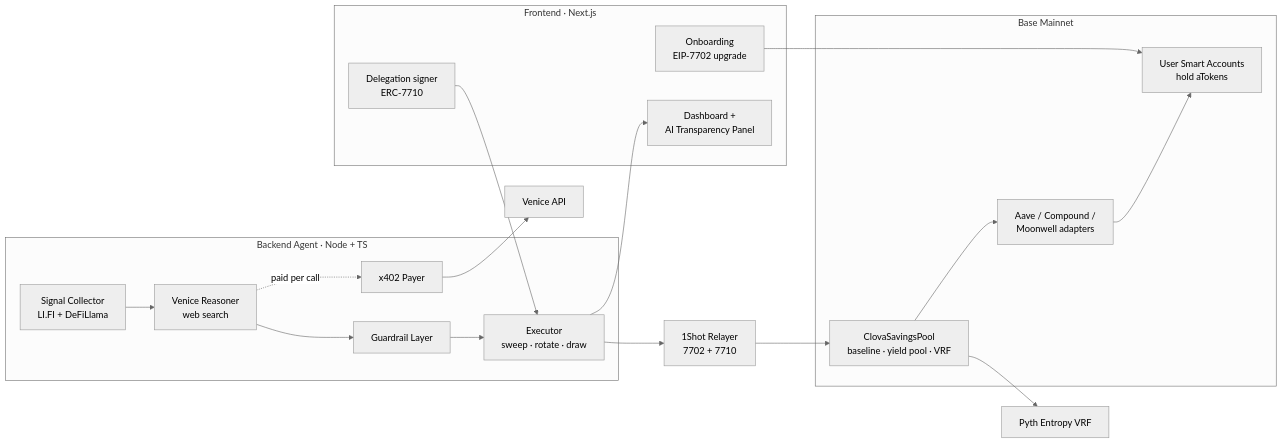
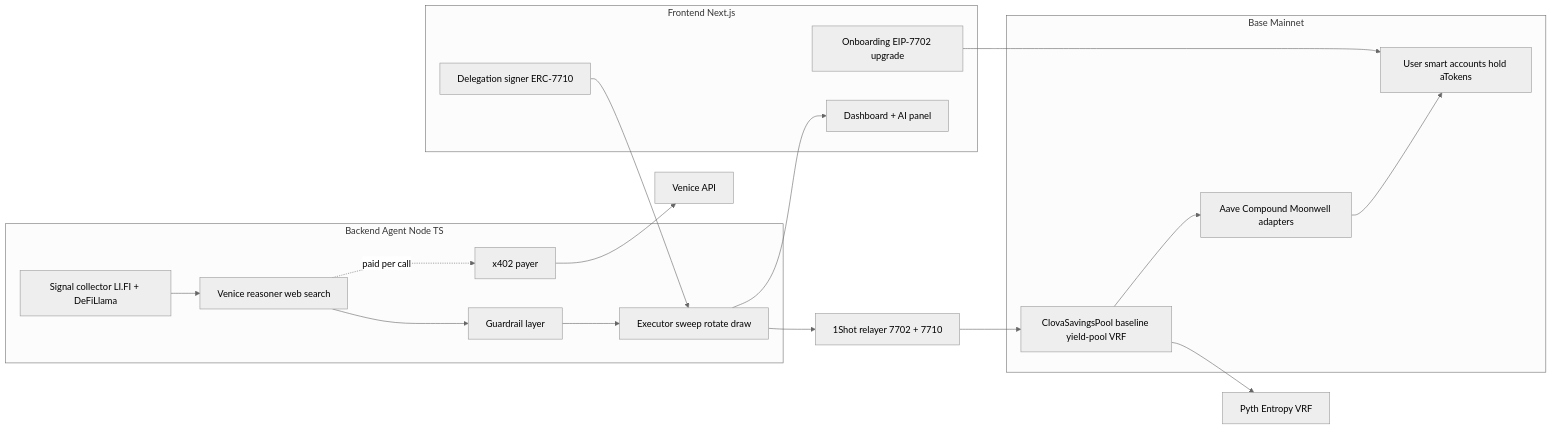
The first of 4 diagrams in docs/architecture.md (ClovaRepo/frontend), drawn with Mermaid (neutral theme) before and after one commit. The commit also changed other lines of this file and 8 other files, not shown here.

First line of the commit message:
docs: harden mermaid for GitBook renderer

````diff
--- a/docs/architecture.md
+++ b/docs/architecture.md
@@ -5,36 +5,32 @@
 ```mermaid
 flowchart LR
-  subgraph FE["Frontend · Next.js"]
-    OB["Onboarding<br/>EIP-7702 upgrade"]
-    DS["Delegation signer<br/>ERC-7710"]
-    DB["Dashboard +<br/>AI Transparency Panel"]
+  subgraph FE[Frontend Next.js]
+    OB[Onboarding EIP-7702 upgrade]
+    DS[Delegation signer ERC-7710]
+    DB[Dashboard + AI panel]
   end
-
-  subgraph BE["Backend Agent · Node + TS"]
-    SIG["Signal Collector<br/>LI.FI + DeFiLlama"]
-    VEN["Venice Reasoner<br/>web search"]
-    GR["Guardrail Layer"]
-    EX["Executor<br/>sweep · rotate · draw"]
-    X4["x402 Payer"]
+  subgraph BE[Backend Agent Node TS]
+    SIG[Signal collector LI.FI + DeFiLlama]
+    VEN[Venice reasoner web search]
+    GR[Guardrail layer]
+    EX[Executor sweep rotate draw]
+    X4[x402 payer]
   end
-
-  subgraph CH["Base Mainnet"]
-    POOL["ClovaSavingsPool<br/>baseline · yield pool · VRF"]
-    ADP["Aave / Compound /<br/>Moonwell adapters"]
-    SA["User Smart Accounts<br/>hold aTokens"]
+  subgraph CH[Base Mainnet]
+    POOL[ClovaSavingsPool baseline yield-pool VRF]
+    ADP[Aave Compound Moonwell adapters]
+    SA[User smart accounts hold aTokens]
   end
-
-  ONE["1Shot Relayer<br/>7702 + 7710"]
-  VAPI["Venice API"]
-  PYTH["Pyth Entropy VRF"]
-
+  ONE[1Shot relayer 7702 + 7710]
+  VAPI[Venice API]
+  PYTH[Pyth Entropy VRF]
   OB --> SA
   DS --> EX
   SIG --> VEN --> GR --> EX
   EX --> ONE --> POOL
   POOL --> ADP --> SA
   X4 --> VAPI
-  VEN -. paid per call .-> X4
+  VEN -.->|paid per call| X4
   POOL --> PYTH
   EX --> DB
 ```
````
